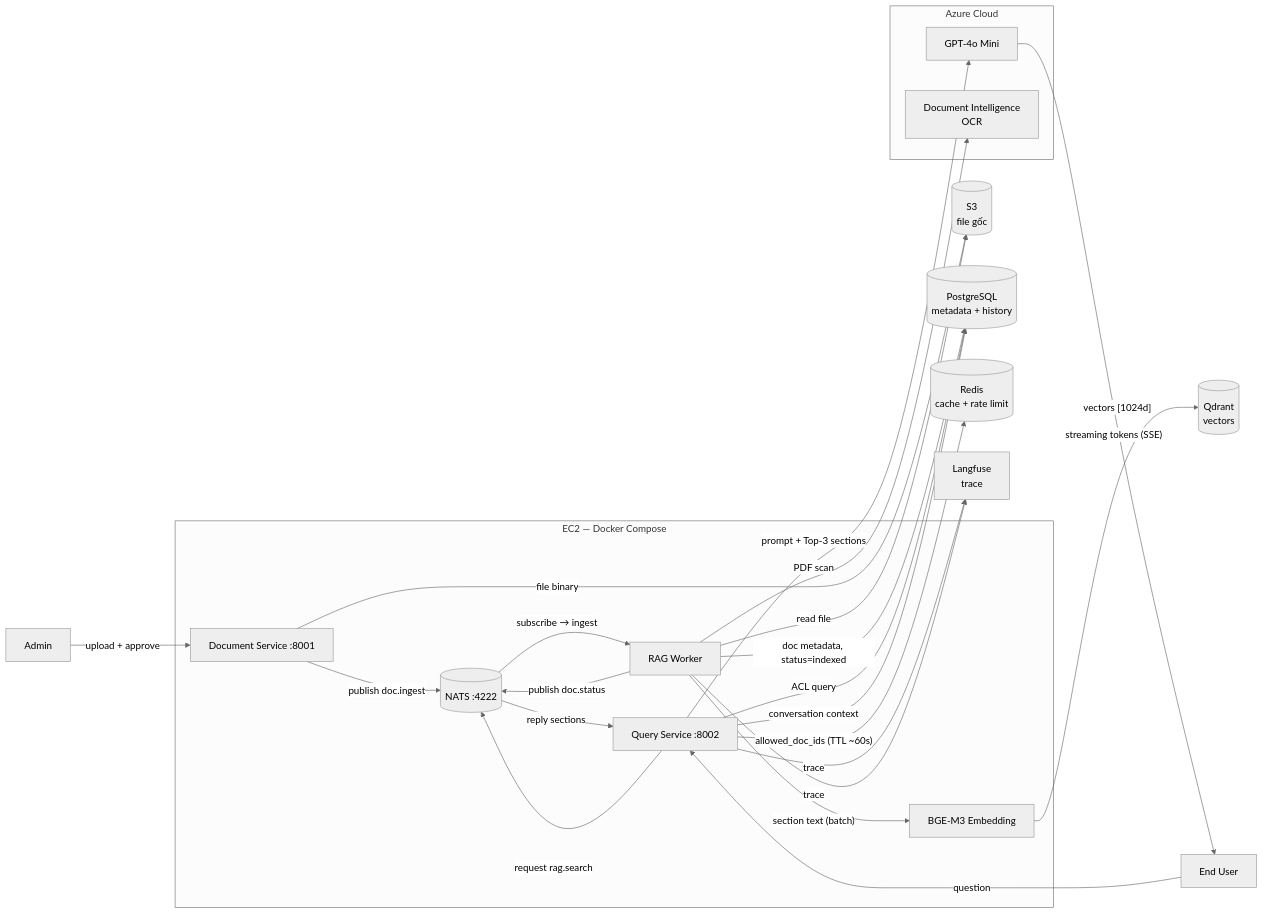
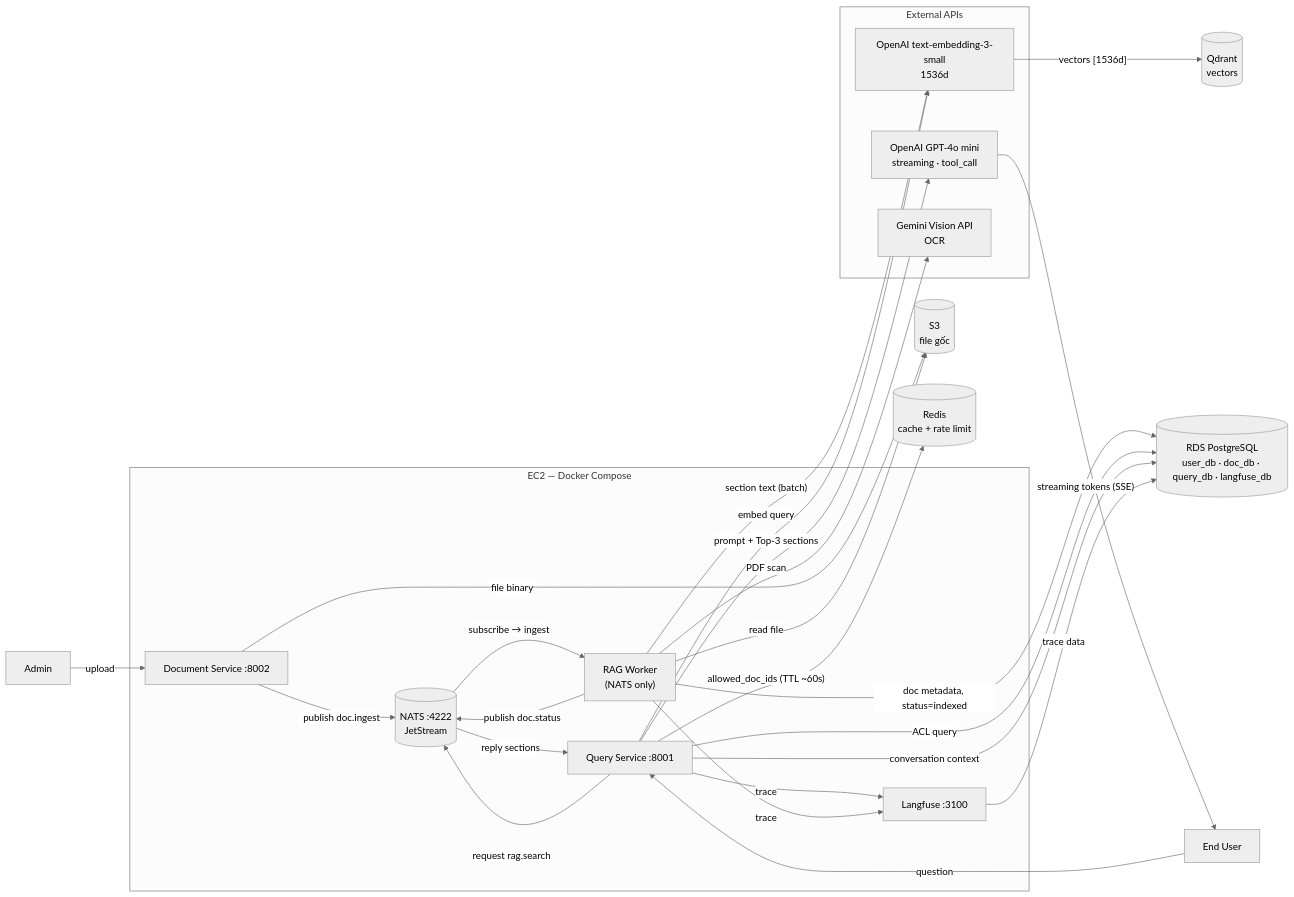
One commit to cds0987/DA08-VSF-AI changed the fifth of 6 diagrams in docs/SA_RAG_Chatbot_Final.md. Above: the diagram before and after it, drawn with Mermaid (neutral theme). The commit also changed other lines of this file and 13 other files, not shown here.

````diff
--- a/docs/SA_RAG_Chatbot_Final.md
+++ b/docs/SA_RAG_Chatbot_Final.md
@@ -476,46 +506,48 @@
 ```mermaid
 flowchart LR
     ADM["Admin"]
     EU["End User"]
 
     subgraph BACKEND["EC2 — Docker Compose"]
-        INGEST["Document Service :8001"]
-        QUERY["Query Service :8002"]
-        RAG["RAG Worker"]
-        BGE["BGE-M3 Embedding"]
-        NATS[("NATS :4222")]
+        INGEST["Document Service :8002"]
+        QUERY["Query Service :8001"]
+        RAG["RAG Worker\n(NATS only)"]
+        NATS[("NATS :4222\nJetStream")]
+        LF["Langfuse :3100"]
     end
 
     S3[("S3\nfile gốc")]
-    PG[("PostgreSQL\nmetadata + history")]
+    PG[("RDS PostgreSQL\nuser_db · doc_db · query_db · langfuse_db")]
     QD[("Qdrant\nvectors")]
     REDIS[("Redis\ncache + rate limit")]
-    LF["Langfuse\ntrace"]
 
-    subgraph AZURE["Azure Cloud"]
-        LLM["GPT-4o Mini"]
-        OCR["Document Intelligence\nOCR"]
+    subgraph EXT["External APIs"]
+        LLM["OpenAI GPT-4o mini\nstreaming · tool_call"]
+        EMB["OpenAI text-embedding-3-small\n1536d"]
+        OCR_EXT["Gemini Vision API\nOCR"]
     end
 
-    ADM -->|"upload + approve"| INGEST
+    ADM -->|"upload"| INGEST
     INGEST -->|"file binary"| S3
     INGEST -->|"publish doc.ingest"| NATS
     NATS -->|"subscribe → ingest"| RAG
     RAG -->|"read file"| S3
-    RAG -->|"PDF scan"| OCR
-    RAG -->|"section text (batch)"| BGE
-    BGE -->|"vectors [1024d]"| QD
+    RAG -->|"PDF scan"| OCR_EXT
+    RAG -->|"section text (batch)"| EMB
+    EMB -->|"vectors [1536d]"| QD
     RAG -->|"doc metadata, status=indexed"| PG
     RAG -->|"publish doc.status"| NATS
 
     EU -->|"question"| QUERY
     QUERY -->|"ACL query"| PG
     QUERY -->|"allowed_doc_ids (TTL ~60s)"| REDIS
     QUERY -->|"request rag.search"| NATS
     NATS -->|"reply sections"| QUERY
+    QUERY -->|"embed query"| EMB
     QUERY -->|"conversation context"| PG
     QUERY -->|"prompt + Top-3 sections"| LLM
     LLM -->|"streaming tokens (SSE)"| EU
     QUERY -->|"trace"| LF
     RAG -->|"trace"| LF
+    LF -->|"trace data"| PG
 ```
````
